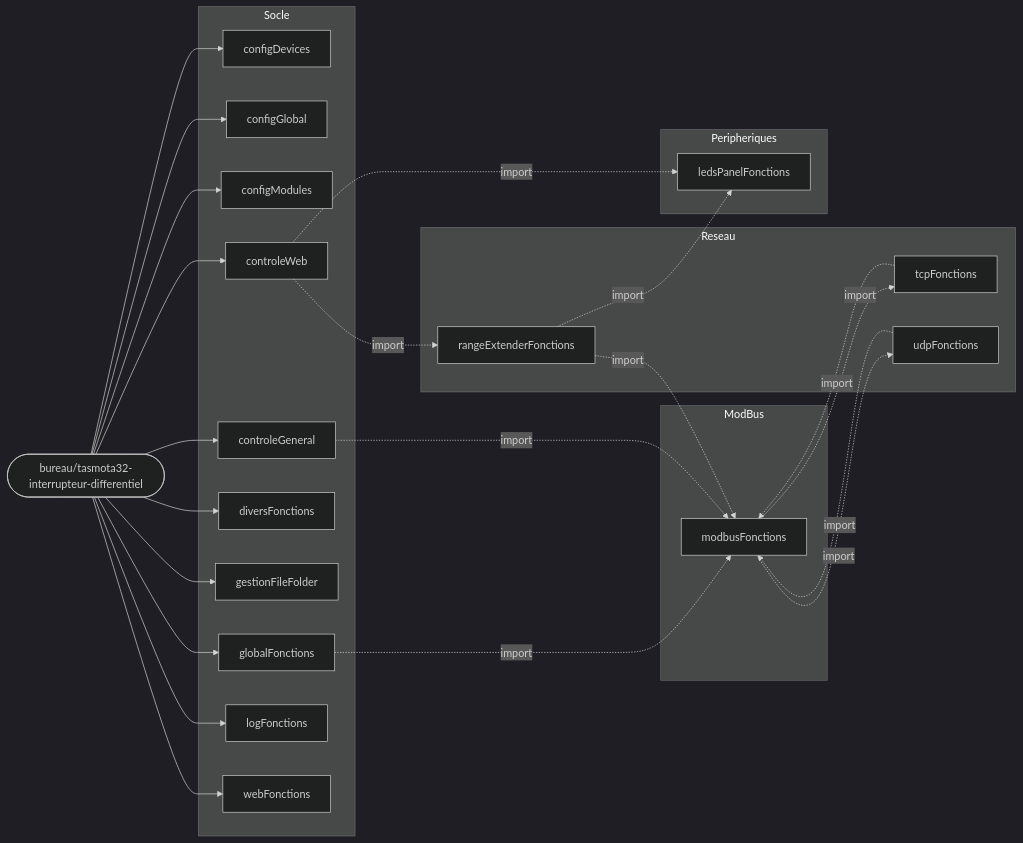
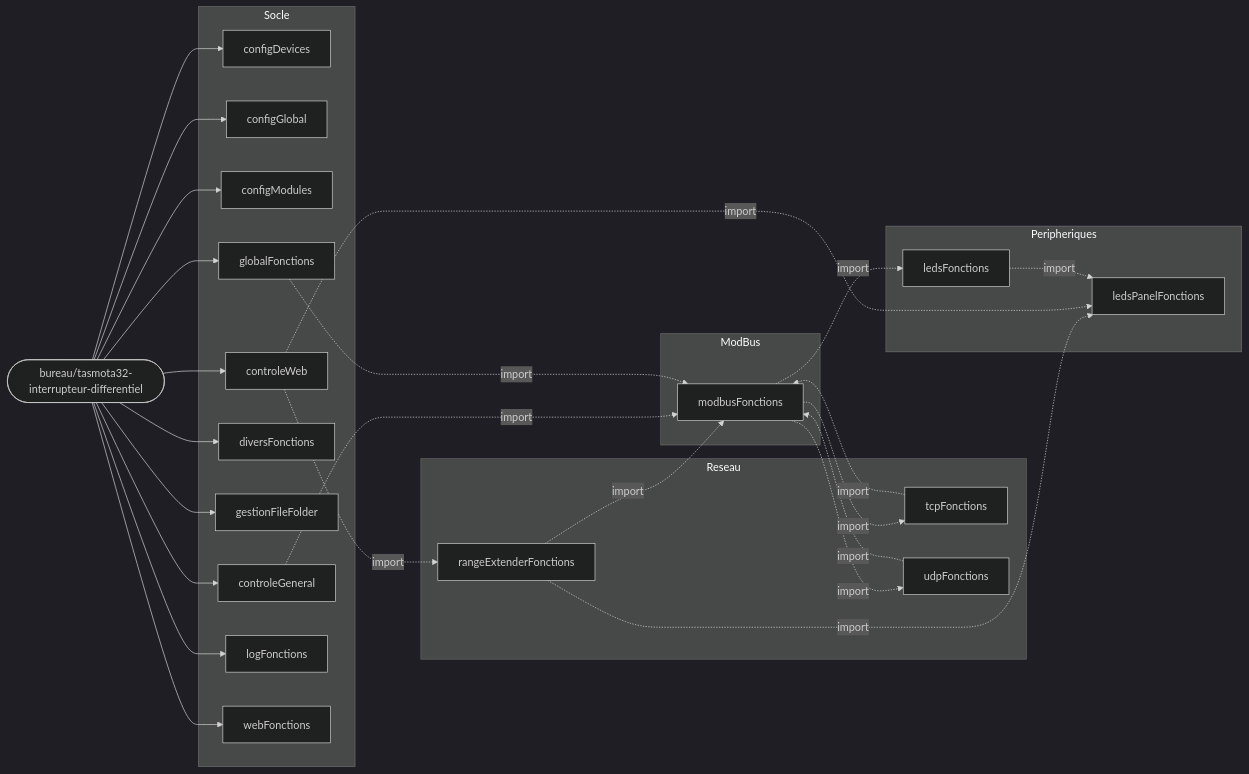
One commit to fdaubercy/Tasmota changed the first of 8 diagrams in outils_docs/CARTE_MODULES_BERRY.md. Above: the diagram before and after it, drawn with Mermaid (dark theme). The commit also changed other lines of this file and 1 other file, not shown here.

````diff
--- a/outils_docs/CARTE_MODULES_BERRY.md
+++ b/outils_docs/CARTE_MODULES_BERRY.md
@@ -126,47 +117,50 @@
 ```mermaid
 flowchart LR
     CARTE(["bureau/tasmota32-interrupteur-differentiel"])
     subgraph g_Socle["Socle"]
         m_configDevices["configDevices"]
         m_configGlobal["configGlobal"]
         m_configModules["configModules"]
         m_controleGeneral["controleGeneral"]
         m_controleWeb["controleWeb"]
         m_diversFonctions["diversFonctions"]
         m_gestionFileFolder["gestionFileFolder"]
         m_globalFonctions["globalFonctions"]
         m_logFonctions["logFonctions"]
         m_webFonctions["webFonctions"]
     end
     subgraph g_Reseau["Reseau"]
         m_rangeExtenderFonctions["rangeExtenderFonctions"]
         m_tcpFonctions["tcpFonctions"]
         m_udpFonctions["udpFonctions"]
     end
     subgraph g_ModBus["ModBus"]
         m_modbusFonctions["modbusFonctions"]
     end
     subgraph g_Peripheriques["Peripheriques"]
+        m_ledsFonctions["ledsFonctions"]
         m_ledsPanelFonctions["ledsPanelFonctions"]
     end
     CARTE --> m_configDevices
     CARTE --> m_configGlobal
     CARTE --> m_configModules
     CARTE --> m_controleGeneral
     CARTE --> m_controleWeb
     CARTE --> m_diversFonctions
     CARTE --> m_gestionFileFolder
     CARTE --> m_globalFonctions
     CARTE --> m_logFonctions
     CARTE --> m_webFonctions
     m_controleWeb -.->|import| m_rangeExtenderFonctions
     m_modbusFonctions -.->|import| m_tcpFonctions
     m_modbusFonctions -.->|import| m_udpFonctions
+    m_controleGeneral -.->|import| m_modbusFonctions
+    m_rangeExtenderFonctions -.->|import| m_modbusFonctions
     m_globalFonctions -.->|import| m_modbusFonctions
-    m_rangeExtenderFonctions -.->|import| m_modbusFonctions
     m_tcpFonctions -.->|import| m_modbusFonctions
-    m_controleGeneral -.->|import| m_modbusFonctions
     m_udpFonctions -.->|import| m_modbusFonctions
+    m_modbusFonctions -.->|import| m_ledsFonctions
+    m_rangeExtenderFonctions -.->|import| m_ledsPanelFonctions
     m_controleWeb -.->|import| m_ledsPanelFonctions
-    m_rangeExtenderFonctions -.->|import| m_ledsPanelFonctions
+    m_ledsFonctions -.->|import| m_ledsPanelFonctions
 ```
````
